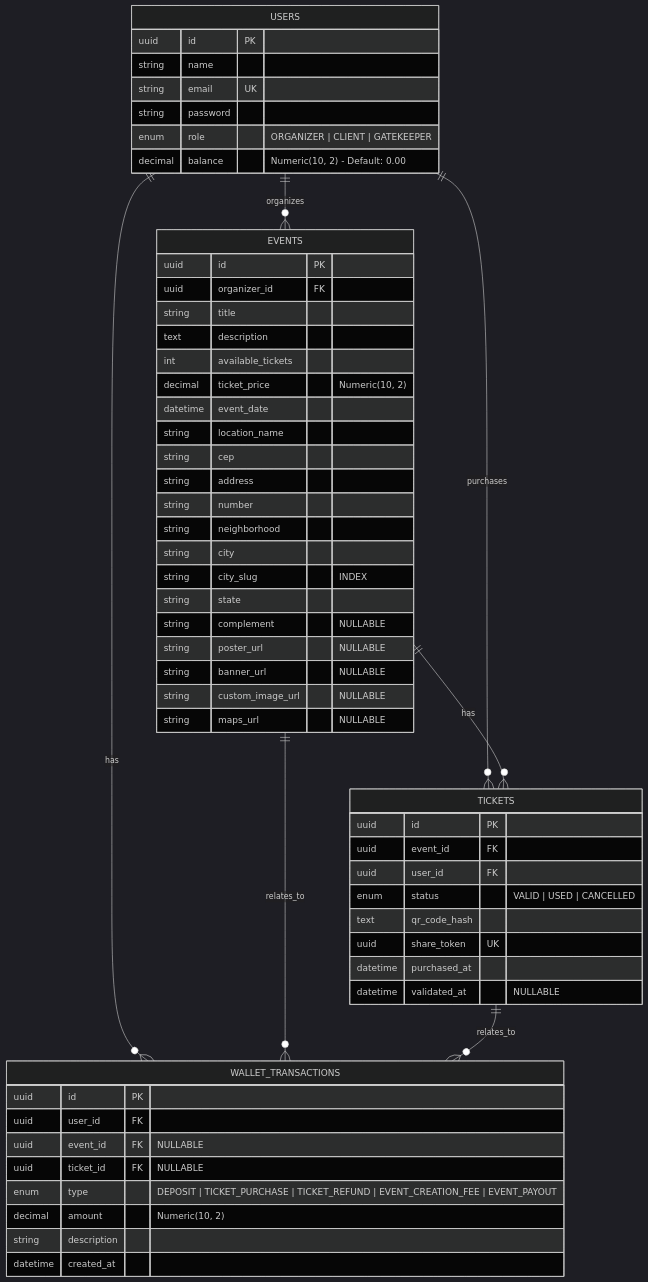
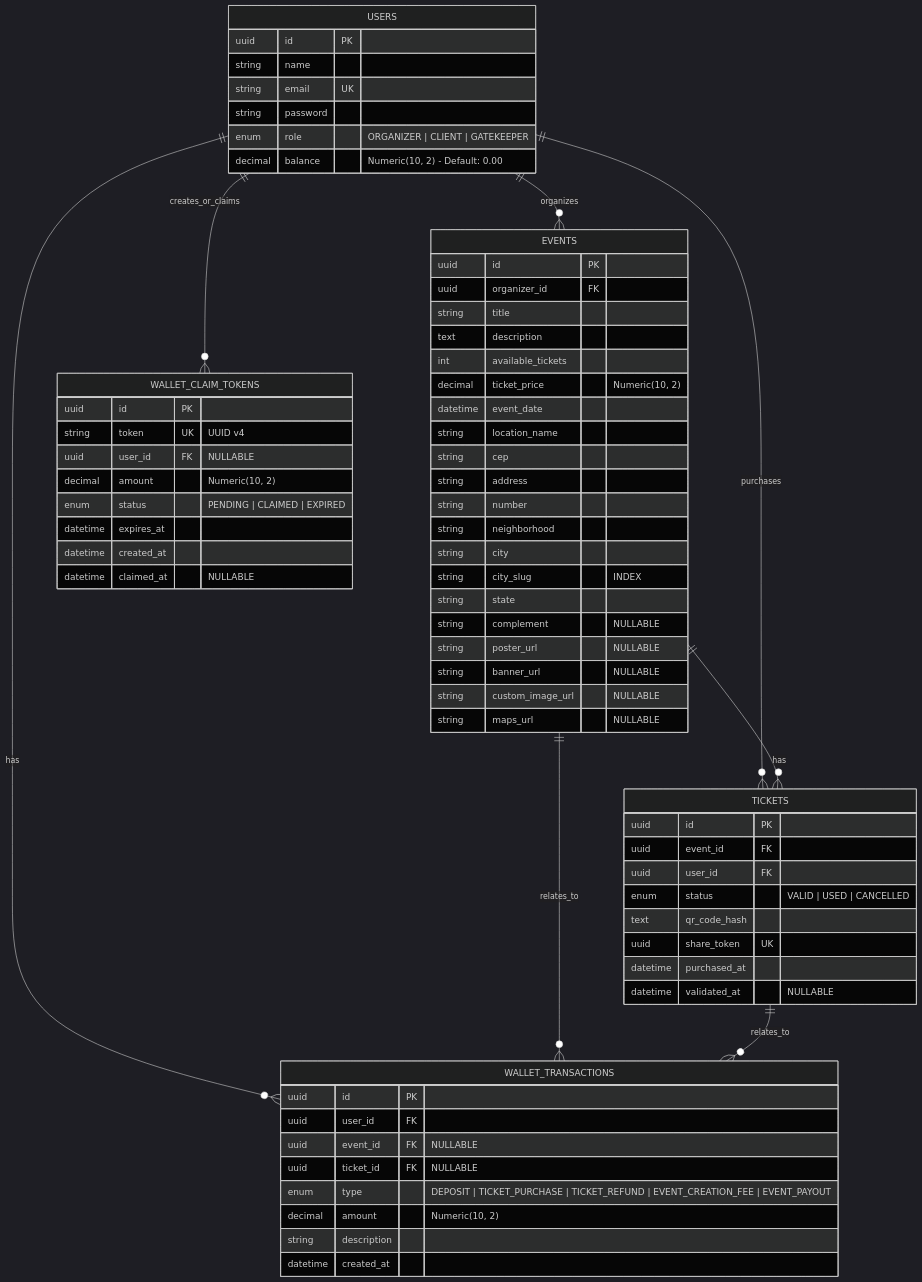
The diagram in docs/especificacoes.md (uallace-macedo/vzticket), drawn with Mermaid (dark theme) before and after one commit. The commit also changed 7 other files, not shown here.

Commit message:
feat(wctoken): add tb_wallet_claim_tokens

````diff
--- a/docs/especificacoes.md
+++ b/docs/especificacoes.md
@@ -40,63 +40,75 @@
 ```mermaid
 erDiagram
   USERS ||--o{ EVENTS : "organizes"
   USERS ||--o{ TICKETS : "purchases"
   USERS ||--o{ WALLET_TRANSACTIONS : "has"
+  USERS ||--o{ WALLET_CLAIM_TOKENS : "creates_or_claims"
   EVENTS ||--o{ TICKETS : "has"
   EVENTS ||--o{ WALLET_TRANSACTIONS : "relates_to"
   TICKETS ||--o{ WALLET_TRANSACTIONS : "relates_to"
 
   USERS {
     uuid id PK
     string name
     string email UK
     string password
     enum role "ORGANIZER | CLIENT | GATEKEEPER"
     decimal balance "Numeric(10, 2) - Default: 0.00"
   }
 
   EVENTS {
     uuid id PK
     uuid organizer_id FK
     string title
     text description
     int available_tickets
     decimal ticket_price "Numeric(10, 2)"
     datetime event_date
     string location_name
     string cep
     string address
     string number
     string neighborhood
     string city
     string city_slug "INDEX"
     string state
     string complement "NULLABLE"
     string poster_url "NULLABLE"
     string banner_url "NULLABLE"
     string custom_image_url "NULLABLE"
     string maps_url "NULLABLE"
   }
 
   TICKETS {
     uuid id PK
     uuid event_id FK
     uuid user_id FK
     enum status "VALID | USED | CANCELLED"
     text qr_code_hash
     uuid share_token UK
     datetime purchased_at
     datetime validated_at "NULLABLE"
   }
 
   WALLET_TRANSACTIONS {
     uuid id PK
     uuid user_id FK
     uuid event_id FK "NULLABLE"
     uuid ticket_id FK "NULLABLE"
     enum type "DEPOSIT | TICKET_PURCHASE | TICKET_REFUND | EVENT_CREATION_FEE | EVENT_PAYOUT"
     decimal amount "Numeric(10, 2)"
     string description
     datetime created_at
   }
+
+  WALLET_CLAIM_TOKENS {
+    uuid id PK
+    string token UK "UUID v4"
+    uuid user_id FK "NULLABLE"
+    decimal amount "Numeric(10, 2)"
+    enum status "PENDING | CLAIMED | EXPIRED"
+    datetime expires_at
+    datetime created_at
+    datetime claimed_at "NULLABLE"
+  }
 ```
````
